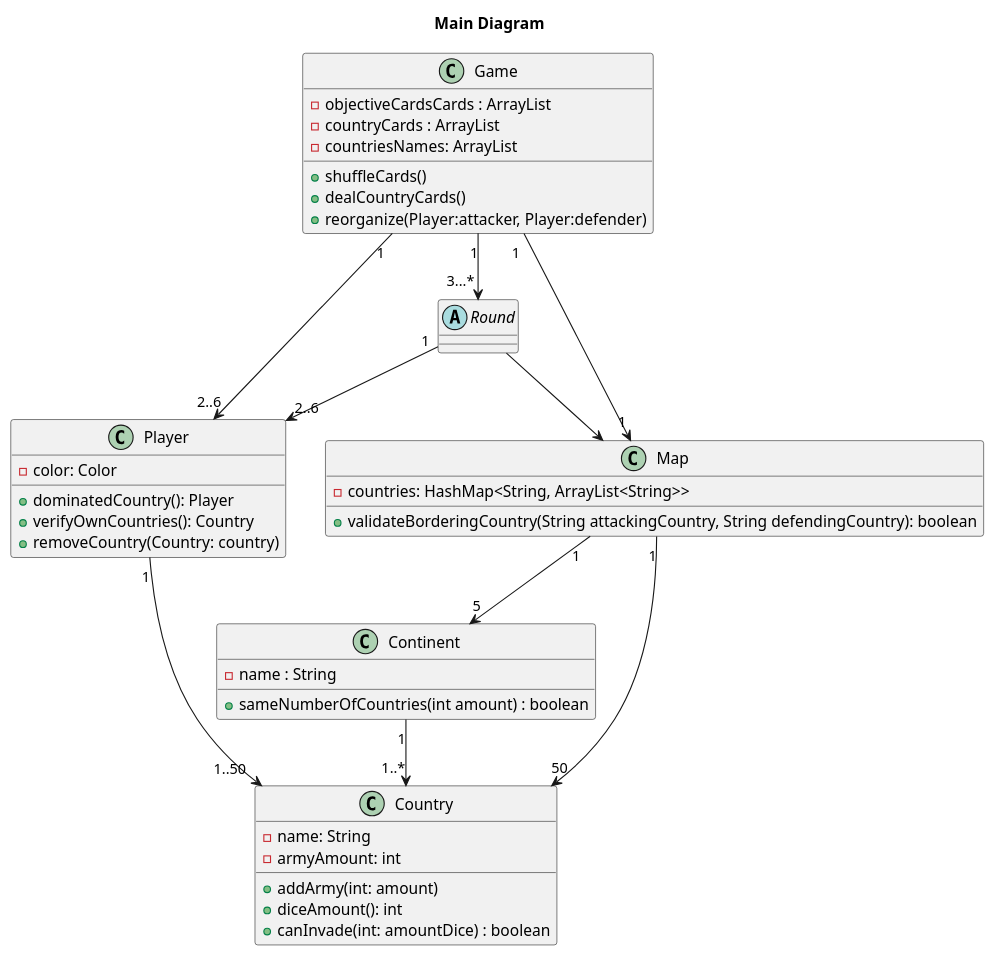
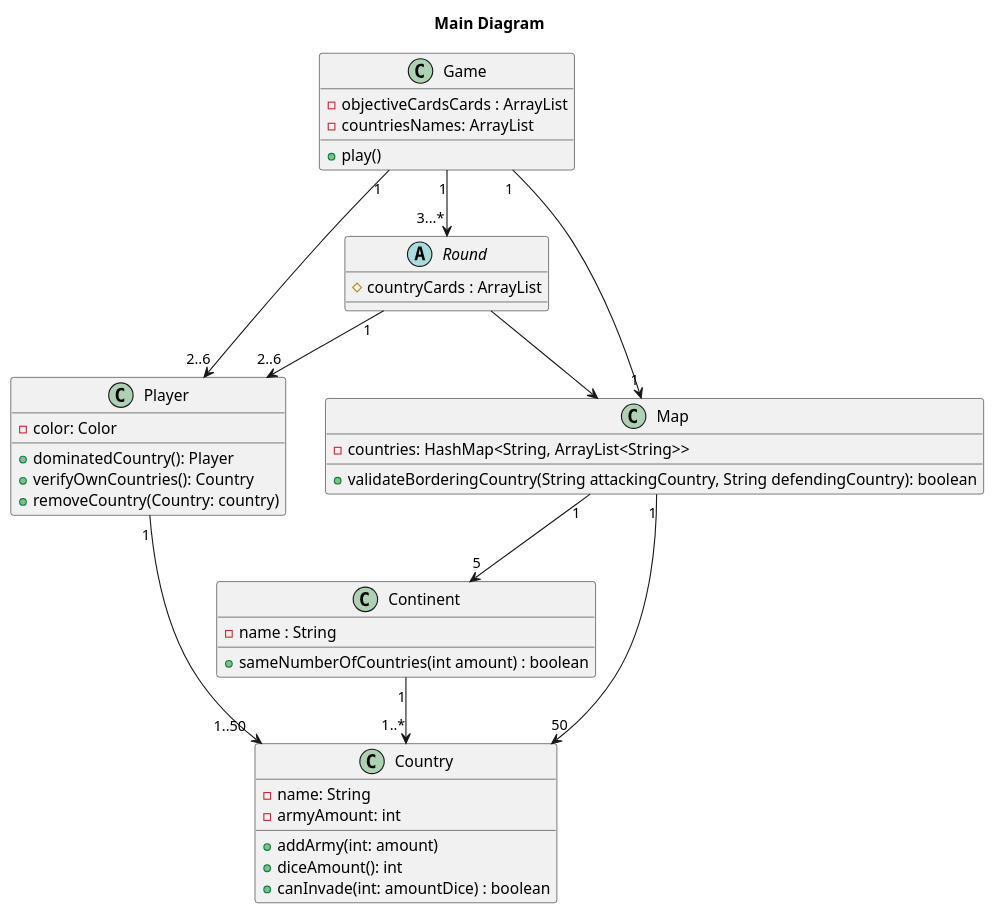
The diagram in src/main/java/edu/fiuba/algo3/documentation/MainDiagram.puml (NahuelNGomez/TEG), drawn with PlantUML before and after one commit. The commit also changed 3 other files, not shown here.

Commit message:
Diagrams show game delegation

```diff
--- a/src/main/java/edu/fiuba/algo3/documentation/MainDiagram.puml
+++ b/src/main/java/edu/fiuba/algo3/documentation/MainDiagram.puml
@@ -1,59 +1,56 @@
 @startuml
 title "Main Diagram"
 class Game{
 - objectiveCardsCards : ArrayList
-- countryCards : ArrayList
 - countriesNames: ArrayList
-+ shuffleCards()
-+ dealCountryCards()
-+ reorganize(Player:attacker, Player:defender)
++ play()
 }
 class Player{
 -color: Color
 + dominatedCountry(): Player
 + verifyOwnCountries(): Country
 + removeCountry(Country: country)
 
 }
 
 
 class Map{
 - countries: HashMap<String, ArrayList<String>>
 + validateBorderingCountry(String attackingCountry, String defendingCountry): boolean
 }
 
 class Continent {
 - name : String
 + sameNumberOfCountries(int amount) : boolean
 }
 
 class Country{
 - name: String
 - armyAmount: int
 + addArmy(int: amount)
 + diceAmount(): int
 + canInvade(int: amountDice) : boolean
 }
 abstract Round{
-
+# countryCards : ArrayList
 }
 
 
 
 Game "1"--> "2..6" Player
 Game "1  "--> "1" Map
 Game "1" --> "3...*" Round
 
 Round --> Map
 Round "1" --> "2..6" Player
 
 Map "1"--> "50" Country
 Map "1"--> "5" Continent
 
 Continent "1"-->"1..*" Country
 
 Player "1" --> "1..50" Country
 
 
 
 @enduml
```
